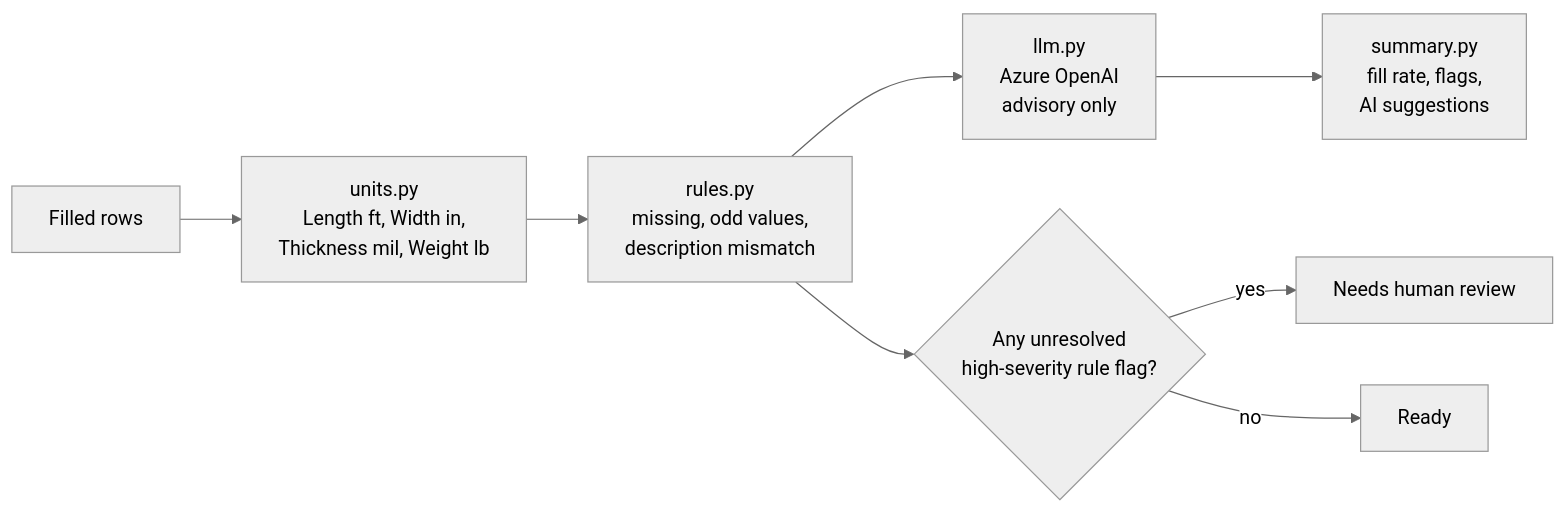
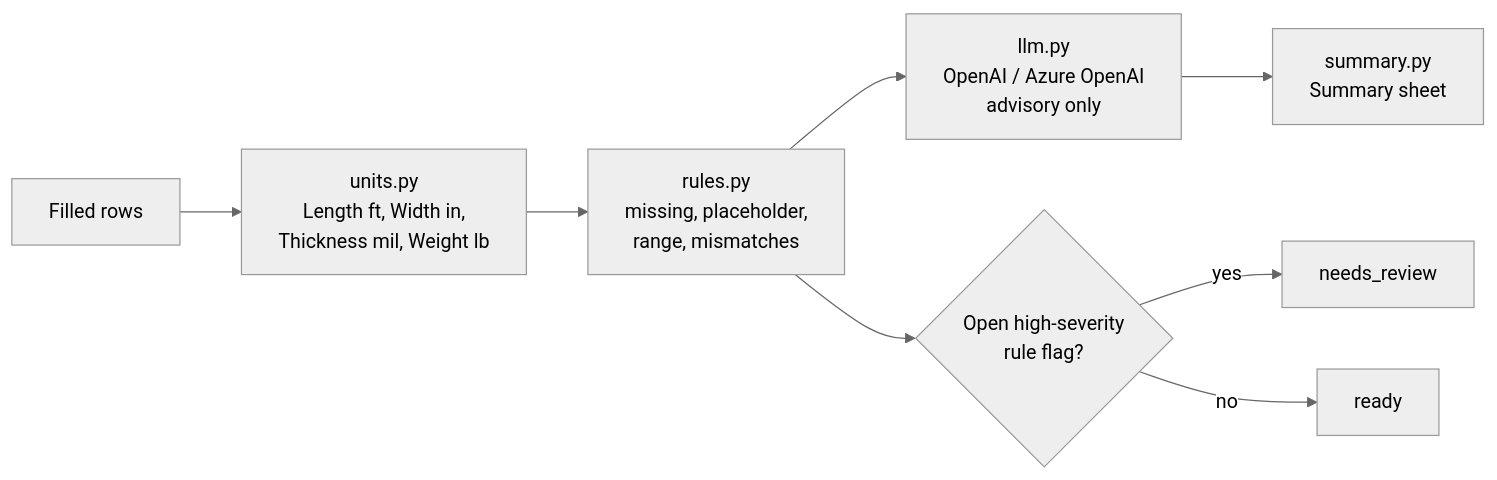
The fifth of 10 diagrams in document.md (Prajwaljb/AutoRFQ), drawn with Mermaid (neutral theme) before and after one commit. The commit also changed other lines of this file and 14 other files, not shown here.

````diff
--- a/document.md
+++ b/document.md
@@ -236,10 +258,10 @@
 ```mermaid
 flowchart LR
     R["Filled rows"] --> U["units.py<br/>Length ft, Width in,<br/>Thickness mil, Weight lb"]
-    U --> RL["rules.py<br/>missing, odd values,<br/>description mismatch"]
-    RL --> LLM["llm.py<br/>Azure OpenAI<br/>advisory only"]
-    LLM --> SM["summary.py<br/>fill rate, flags,<br/>AI suggestions"]
-    RL --> ST{"Any unresolved<br/>high-severity rule flag?"}
-    ST -->|yes| NR["Needs human review"]
-    ST -->|no| RD["Ready"]
+    U --> RL["rules.py<br/>missing, placeholder,<br/>range, mismatches"]
+    RL --> LLM["llm.py<br/>OpenAI / Azure OpenAI<br/>advisory only"]
+    LLM --> SM["summary.py<br/>Summary sheet"]
+    RL --> ST{"Open high-severity<br/>rule flag?"}
+    ST -->|yes| NR["needs_review"]
+    ST -->|no| RD["ready"]
 ```
````
